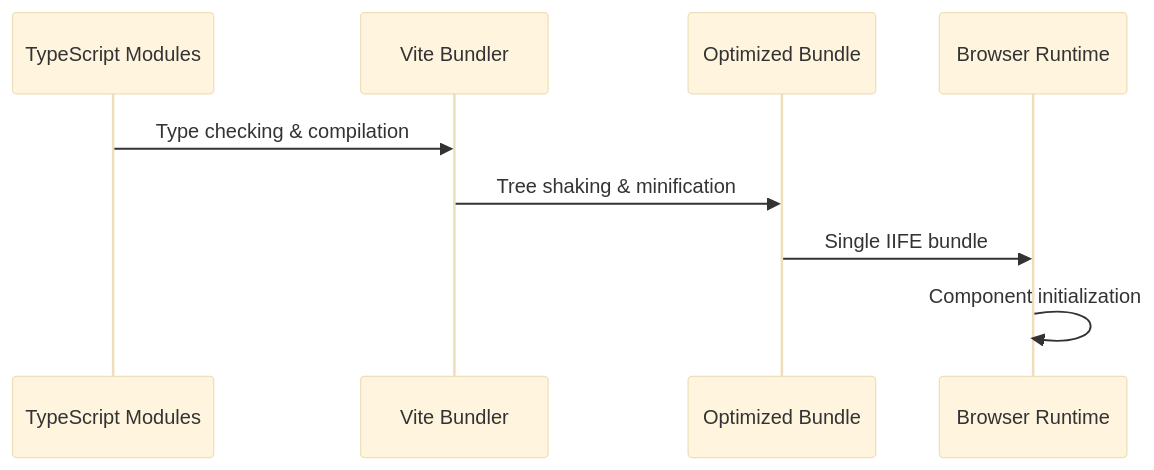
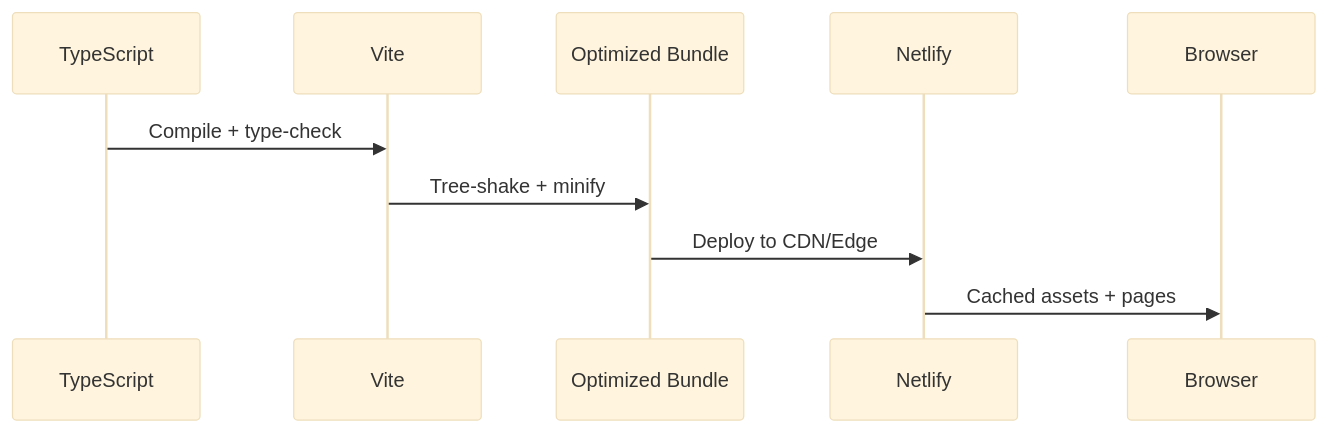
One commit to Danduartem/cafe_com_vendas_v2 changed the fourth of 4 diagrams in docs/architecture-overview.md. Above: the diagram before and after it, drawn with Mermaid (base theme). The commit also changed other lines of this file and 13 other files, not shown here.

````diff
--- a/docs/architecture-overview.md
+++ b/docs/architecture-overview.md
@@ -161,12 +122,13 @@
 ```mermaid
 sequenceDiagram
-    participant TS as TypeScript Modules
-    participant Vite as Vite Bundler
-    participant Bundle as Optimized Bundle
-    participant Browser as Browser Runtime
+  participant TS as TypeScript
+  participant Vite as Vite
+  participant Bundle as Optimized Bundle
+  participant Edge as Netlify
+  participant Browser as Browser
 
-    TS->>Vite: Type checking & compilation
-    Vite->>Bundle: Tree shaking & minification
-    Bundle->>Browser: Single IIFE bundle
-    Browser->>Browser: Component initialization
+  TS->>Vite: Compile + type‑check
+  Vite->>Bundle: Tree‑shake + minify
+  Bundle->>Edge: Deploy to CDN/Edge
+  Edge->>Browser: Cached assets + pages
 ```
````
